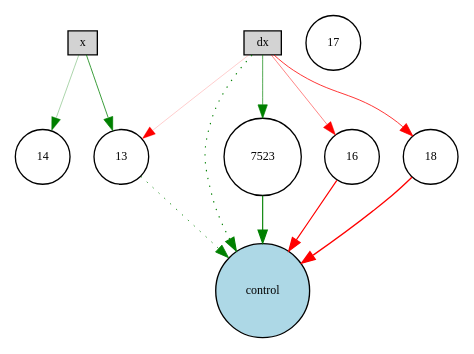
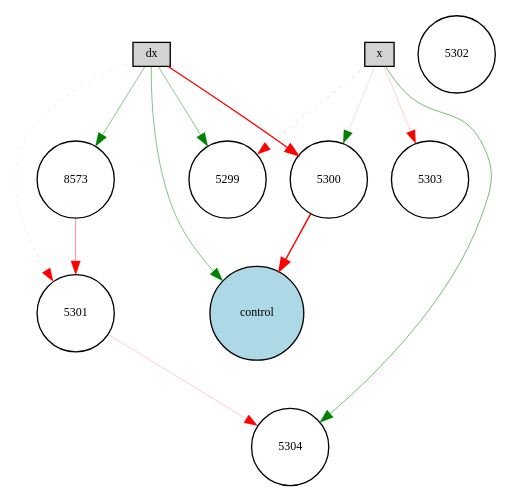
Before and after one commit to ssahare-hub/NEAT-BioInspiredProject: the diagram in Digraph.gv, drawn with Graphviz. The commit also changed 110 other files, not shown here.

```diff
--- a/Digraph.gv
+++ b/Digraph.gv
@@ -1,23 +1,25 @@
 digraph {
 	node [fontsize=9 height=0.2 shape=circle width=0.2]
 	x [fillcolor=lightgray shape=box style=filled]
 	dx [fillcolor=lightgray shape=box style=filled]
 	control [fillcolor=lightblue style=filled]
-	7523 [fillcolor=white style=filled]
-	13 [fillcolor=white style=filled]
-	14 [fillcolor=white style=filled]
-	16 [fillcolor=white style=filled]
-	17 [fillcolor=white style=filled]
-	18 [fillcolor=white style=filled]
-	x -> 13 [color=green penwidth=0.5817786003845645 style=solid]
-	13 -> control [color=green penwidth=0.6470898902686769 style=dotted]
-	18 -> control [color=red penwidth=0.9968043276727762 style=solid]
-	x -> 14 [color=green penwidth=0.2546071839428018 style=solid]
-	dx -> control [color=green penwidth=0.840966141466085 style=dotted]
-	dx -> 13 [color=red penwidth=0.14779378853520153 style=solid]
-	dx -> 18 [color=red penwidth=0.5944733416109208 style=solid]
-	16 -> control [color=red penwidth=0.8852409954446555 style=solid]
-	dx -> 16 [color=red penwidth=0.3646948292832961 style=solid]
-	dx -> 7523 [color=green penwidth=0.5063645032755252 style=solid]
-	7523 -> control [color=green penwidth=0.8501806165356272 style=solid]
+	5299 [fillcolor=white style=filled]
+	5300 [fillcolor=white style=filled]
+	5301 [fillcolor=white style=filled]
+	5302 [fillcolor=white style=filled]
+	5303 [fillcolor=white style=filled]
+	5304 [fillcolor=white style=filled]
+	8573 [fillcolor=white style=filled]
+	x -> 5299 [color=red penwidth=0.2166698262996185 style=dotted]
+	x -> 5303 [color=red penwidth=0.13941683604978727 style=solid]
+	5300 -> control [color=red penwidth=1.1194260121107136 style=solid]
+	x -> 5300 [color=green penwidth=0.11155036046100526 style=solid]
+	x -> 5304 [color=green penwidth=0.3974658078707908 style=solid]
+	dx -> 5301 [color=red penwidth=0.1489659648238857 style=dotted]
+	dx -> 5300 [color=red penwidth=0.9707084695598835 style=solid]
+	dx -> control [color=green penwidth=0.362550674324426 style=solid]
+	dx -> 5299 [color=green penwidth=0.33823284274475723 style=solid]
+	5301 -> 5304 [color=red penwidth=0.14891849553330097 style=solid]
+	dx -> 8573 [color=green penwidth=0.34763279449987167 style=solid]
+	8573 -> 5301 [color=red penwidth=0.3434807009247298 style=solid]
 }
```
